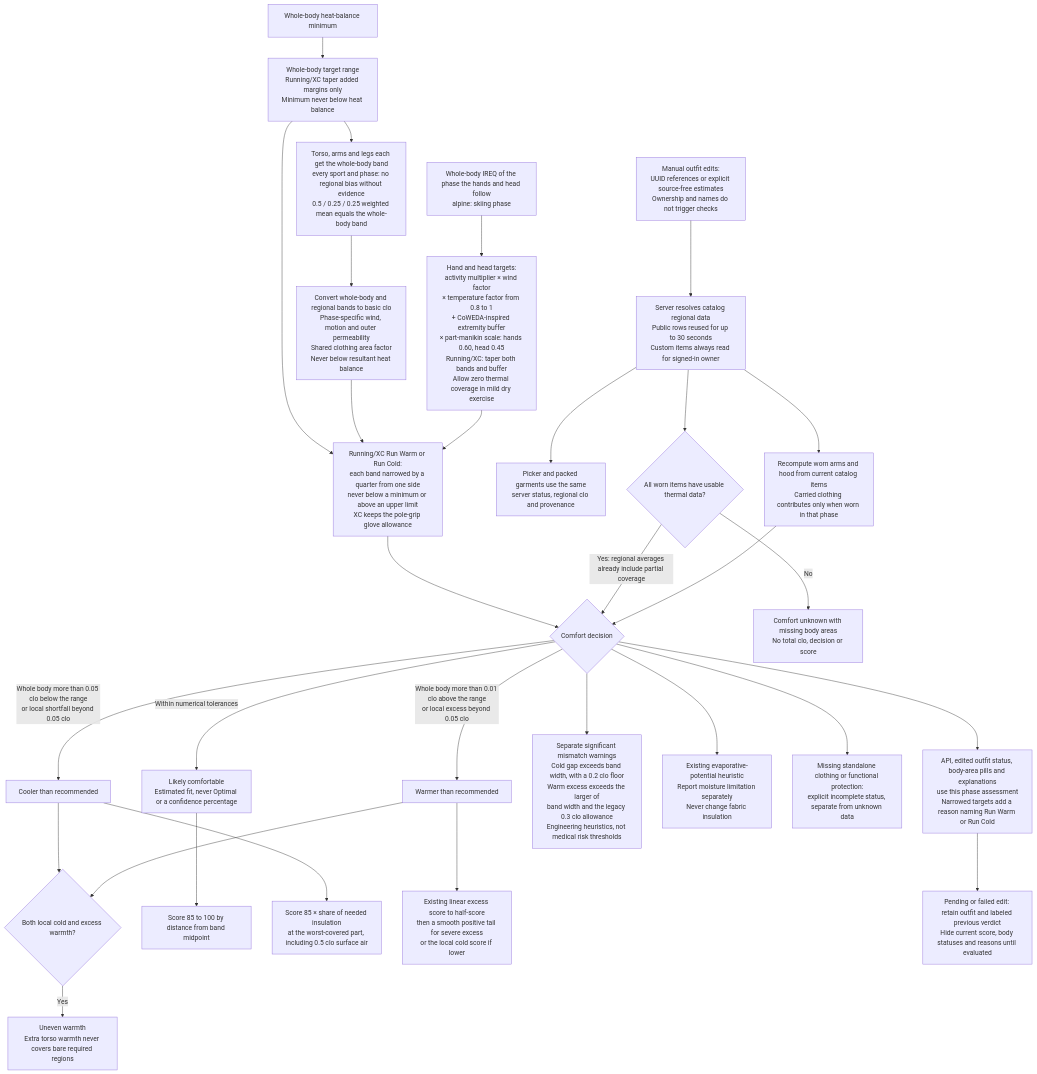
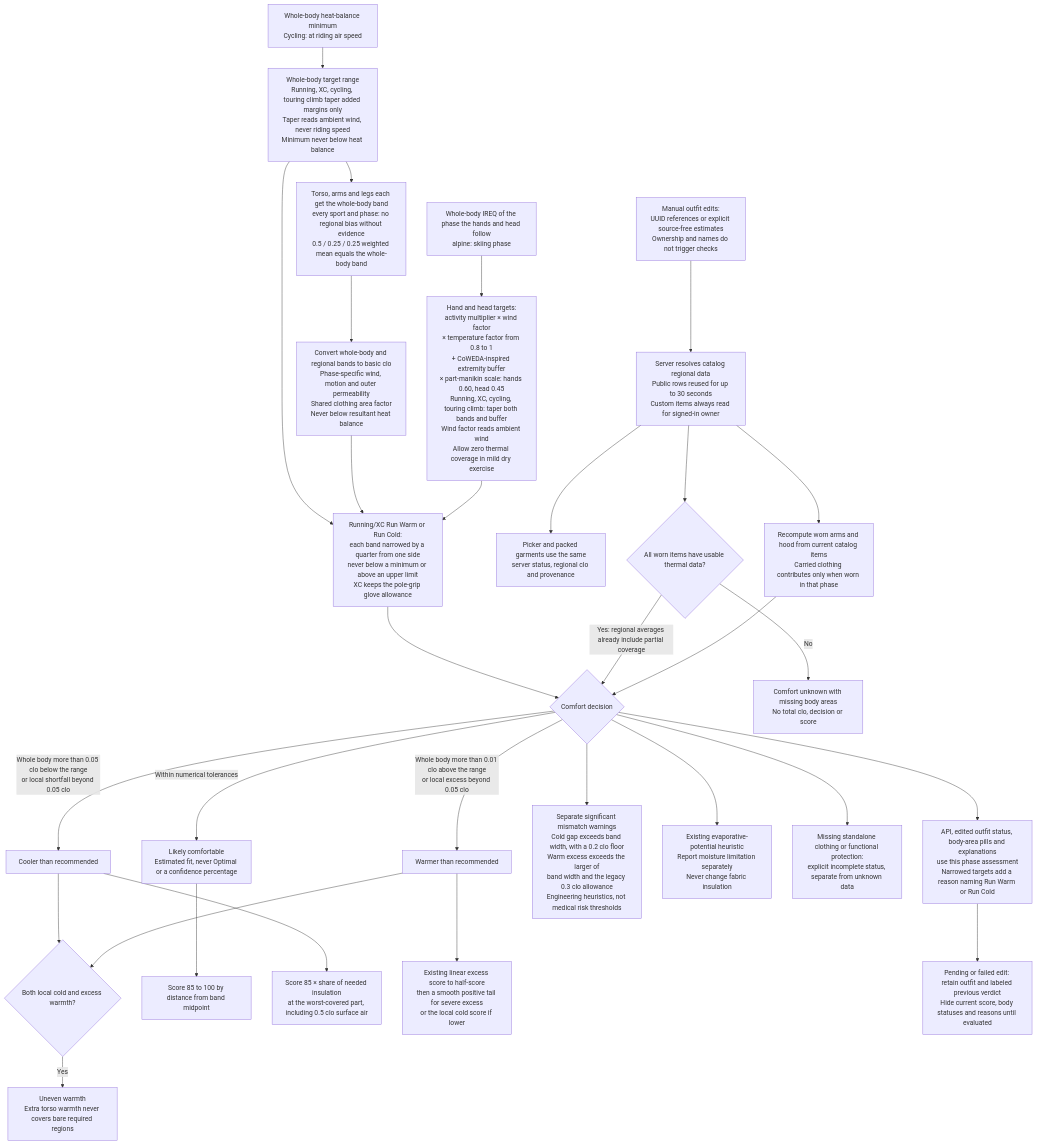
One commit to derobertsw/swttr changed the seventh of 7 diagrams in README.md. Above: the diagram before and after it, drawn with Mermaid. The commit also changed other lines of this file and 23 other files, not shown here.

First line of the commit message:
Calibrate cycling and the touring climb's metabolic rate, air speed and margins (#374) (#409)

````diff
--- a/README.md
+++ b/README.md
@@ -321,34 +325,34 @@
 ```mermaid
 graph TD
-    BALANCE[Whole-body heat-balance minimum] --> RANGE[Whole-body target range<br/>Running/XC taper added margins only<br/>Minimum never below heat balance]
+    BALANCE[Whole-body heat-balance minimum<br/>Cycling: at riding air speed] --> RANGE[Whole-body target range<br/>Running, XC, cycling, touring climb taper added margins only<br/>Taper reads ambient wind, never riding speed<br/>Minimum never below heat balance]
     RANGE --> SPLIT[Torso, arms and legs each get the whole-body band<br/>every sport and phase: no regional bias without evidence<br/>0.5 / 0.25 / 0.25 weighted mean equals the whole-body band]
     SPLIT --> REG[Convert whole-body and regional bands to basic clo<br/>Phase-specific wind, motion and outer permeability<br/>Shared clothing area factor<br/>Never below resultant heat balance]
-    PIREQ[Whole-body IREQ of the phase the hands and head follow<br/>alpine: skiing phase] --> EXT[Hand and head targets:<br/>activity multiplier × wind factor<br/>× temperature factor from 0.8 to 1<br/>+ CoWEDA-inspired extremity buffer<br/>× part-manikin scale: hands 0.60, head 0.45<br/>Running/XC: taper both bands and buffer<br/>Allow zero thermal coverage in mild dry exercise]
+    PIREQ[Whole-body IREQ of the phase the hands and head follow<br/>alpine: skiing phase] --> EXT[Hand and head targets:<br/>activity multiplier × wind factor<br/>× temperature factor from 0.8 to 1<br/>+ CoWEDA-inspired extremity buffer<br/>× part-manikin scale: hands 0.60, head 0.45<br/>Running, XC, cycling, touring climb: taper both bands and buffer<br/>Wind factor reads ambient wind<br/>Allow zero thermal coverage in mild dry exercise]
 
     RANGE --> PREFBAND[Running/XC Run Warm or Run Cold:<br/>each band narrowed by a quarter from one side<br/>never below a minimum or above an upper limit<br/>XC keeps the pole-grip glove allowance]
     REG --> PREFBAND
     EXT --> PREFBAND
     PREFBAND --> DEC{Comfort decision}
     EDIT[Manual outfit edits:<br/>UUID references or explicit source-free estimates<br/>Ownership and names do not trigger checks] --> LOOKUP[Server resolves catalog regional data<br/>Public rows reused for up to 30 seconds<br/>Custom items always read for signed-in owner]
     LOOKUP --> PICKER[Picker and packed garments use the same<br/>server status, regional clo and provenance]
     LOOKUP --> KNOWN{All worn items have usable thermal data?}
     KNOWN -->|Yes: regional averages already include partial coverage| DEC
     KNOWN -->|No| UNKNOWN[Comfort unknown with missing body areas<br/>No total clo, decision or score]
     DEC -->|Whole body more than 0.05 clo below the range<br/>or local shortfall beyond 0.05 clo| COLD[Cooler than recommended]
     DEC -->|Whole body more than 0.01 clo above the range<br/>or local excess beyond 0.05 clo| HOT[Warmer than recommended]
     COLD --> MIX{Both local cold and excess warmth?}
     HOT --> MIX
     MIX -->|Yes| UNEVEN[Uneven warmth<br/>Extra torso warmth never covers bare required regions]
     DEC -->|Within numerical tolerances| OK[Likely comfortable<br/>Estimated fit, never Optimal or a confidence percentage]
     DEC --> WARN[Separate significant mismatch warnings<br/>Cold gap exceeds band width, with a 0.2 clo floor<br/>Warm excess exceeds the larger of<br/>band width and the legacy 0.3 clo allowance<br/>Engineering heuristics, not medical risk thresholds]
     DEC --> MOISTURE[Existing evaporative-potential heuristic<br/>Report moisture limitation separately<br/>Never change fabric insulation]
     OK --> S1[Score 85 to 100 by distance from band midpoint]
     COLD --> S2[Score 85 × share of needed insulation<br/>at the worst-covered part, including 0.5 clo surface air]
     HOT --> S3[Existing linear excess score to half-score<br/>then a smooth positive tail for severe excess<br/>or the local cold score if lower]
     LOOKUP --> ACTUAL[Recompute worn arms and hood from current catalog items<br/>Carried clothing contributes only when worn in that phase]
     ACTUAL --> DEC
     DEC --> GAP[Missing standalone clothing or functional protection:<br/>explicit incomplete status, separate from unknown data]
     DEC --> UI[API, edited outfit status, body-area pills and explanations<br/>use this phase assessment<br/>Narrowed targets add a reason naming Run Warm or Run Cold]
     UI --> STALE[Pending or failed edit: retain outfit and labeled previous verdict<br/>Hide current score, body statuses and reasons until evaluated]
 
 ```
````
